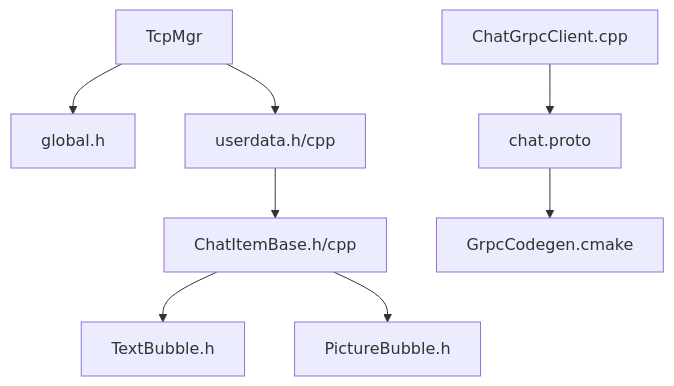
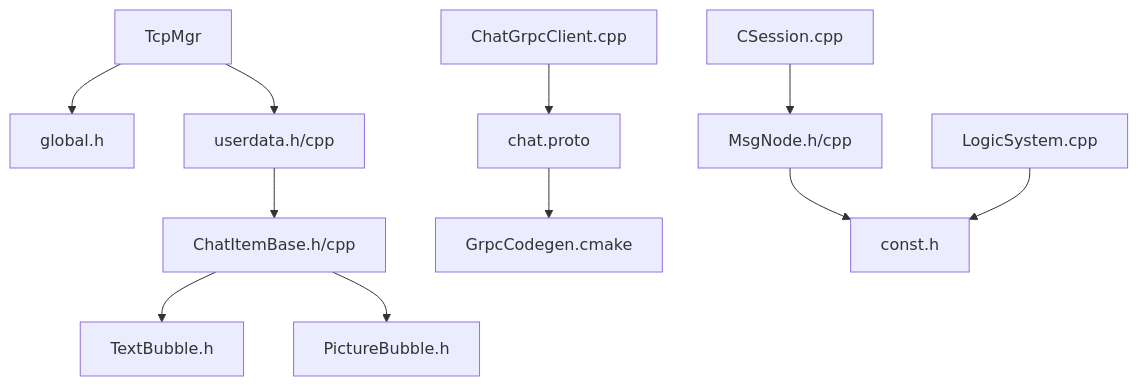
The ninth of 9 diagrams in .qoder/repowiki/zh/content/核心功能模块/聊天消息系统/消息类型系统.md (echo9923/mychatter), drawn with Mermaid before and after one commit. The commit also changed other lines of this file and 54 other files, not shown here.

````diff
--- a/.qoder/repowiki/zh/content/核心功能模块/聊天消息系统/消息类型系统.md
+++ b/.qoder/repowiki/zh/content/核心功能模块/聊天消息系统/消息类型系统.md
@@ -386,10 +484,13 @@
 ```mermaid
 graph TB
 T["TcpMgr"] --> G["global.h"]
 T --> U["userdata.h/cpp"]
 U --> UI["ChatItemBase.h/cpp"]
 UI --> B1["TextBubble.h"]
 UI --> B2["PictureBubble.h"]
 S["ChatGrpcClient.cpp"] --> P["chat.proto"]
 P --> Gen["GrpcCodegen.cmake"]
+S_MsgNode["MsgNode.h/cpp"] --> Const["const.h"]
+CSession["CSession.cpp"] --> S_MsgNode
+LogicSystem["LogicSystem.cpp"] --> Const
 ```
````
